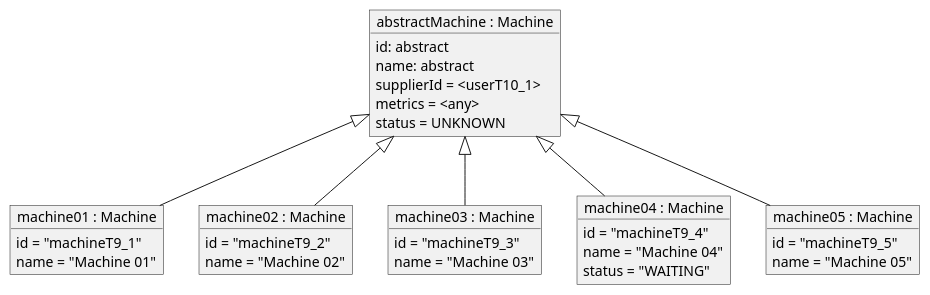
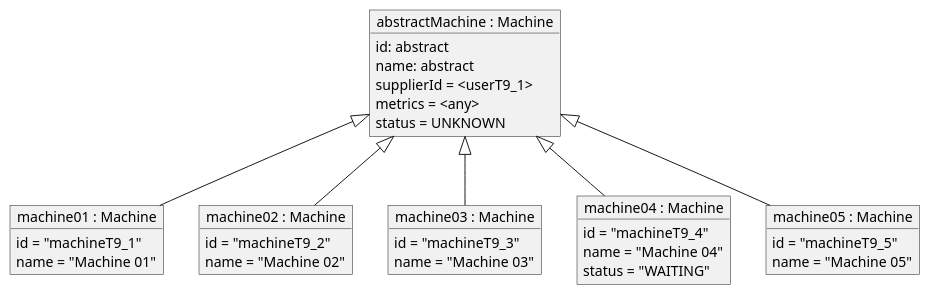
The diagram in test_scenarios/data/T9_in.puml (Plan-B-PO/docs), drawn with PlantUML before and after one commit. The commit also changed 3 other files, not shown here.

```diff
--- a/test_scenarios/data/T9_in.puml
+++ b/test_scenarios/data/T9_in.puml
@@ -1,43 +1,43 @@
 @startuml
 
 object "abstractMachine : Machine" as machine {
     id: abstract
     name: abstract
-    supplierId = <userT10_1>
+    supplierId = <userT9_1>
     metrics = <any>
     status = UNKNOWN
 }
 
 object "machine01 : Machine" as machine01 {
     id = "machineT9_1"
     name = "Machine 01"
 }
 
 object "machine02 : Machine" as machine02 {
     id = "machineT9_2"
     name = "Machine 02"
 }
 
 object "machine03 : Machine" as machine03 {
     id = "machineT9_3"
     name = "Machine 03"
 }
 
 object "machine04 : Machine" as machine04 {
     id = "machineT9_4"
     name = "Machine 04"
     status = "WAITING"
 }
 
 object "machine05 : Machine" as machine05 {
     id = "machineT9_5"
     name = "Machine 05"
 }
 
 machine <|-- machine01
 machine <|-- machine02
 machine <|-- machine03
 machine <|-- machine04
 machine <|-- machine05
 
 @enduml
```
